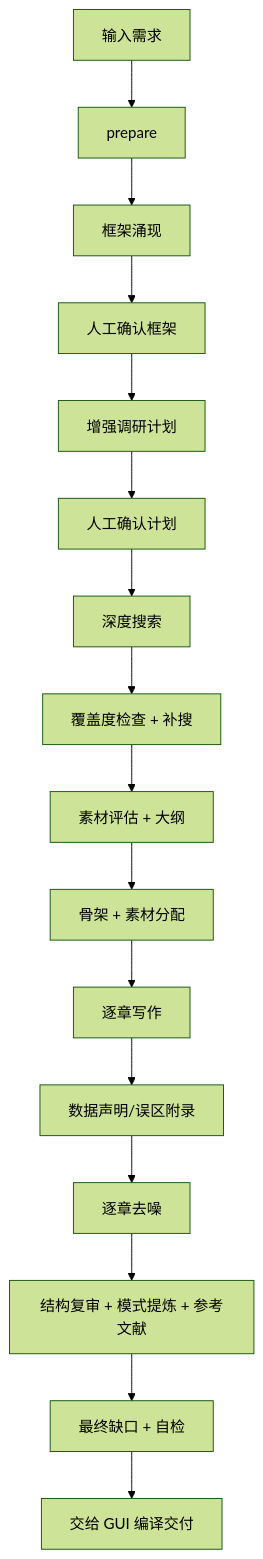
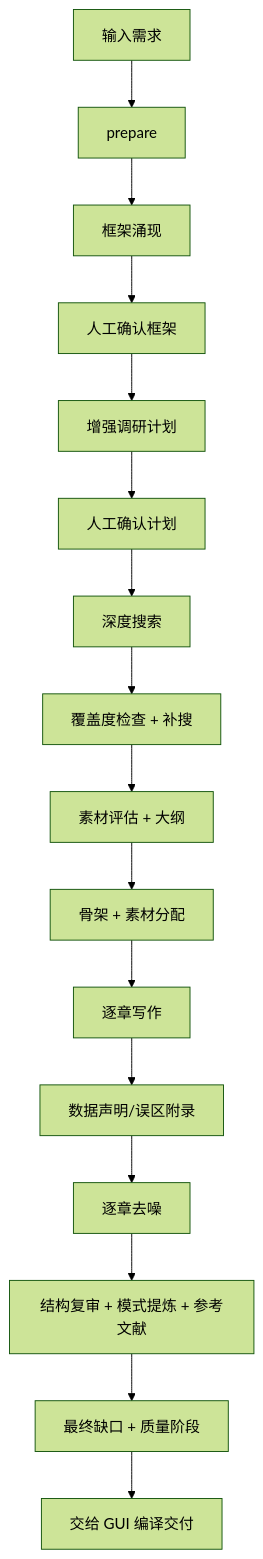
One commit to keaizuizui/AI-DesktopResearch changed the second of 2 diagrams in docs/WIKI.md. Above: the diagram before and after it, drawn with Mermaid (forest theme). The commit also changed other lines of this file and 2 other files, not shown here.

````diff
--- a/docs/WIKI.md
+++ b/docs/WIKI.md
@@ -64,18 +64,18 @@
 ```mermaid
 flowchart TD
     A[输入需求] --> B[prepare]
     B --> C[框架涌现]
     C --> D[人工确认框架]
     D --> E[增强调研计划]
     E --> F[人工确认计划]
     F --> G[深度搜索]
     G --> H[覆盖度检查 + 补搜]
     H --> I[素材评估 + 大纲]
     I --> J[骨架 + 素材分配]
     J --> K[逐章写作]
     K --> L[数据声明/误区附录]
     L --> M[逐章去噪]
     M --> N[结构复审 + 模式提炼 + 参考文献]
-    N --> O[最终缺口 + 自检]
+    N --> O[最终缺口 + 质量阶段]
     O --> P[交给 GUI 编译交付]
 ```
````
